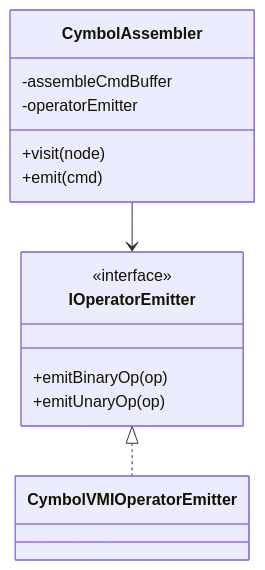
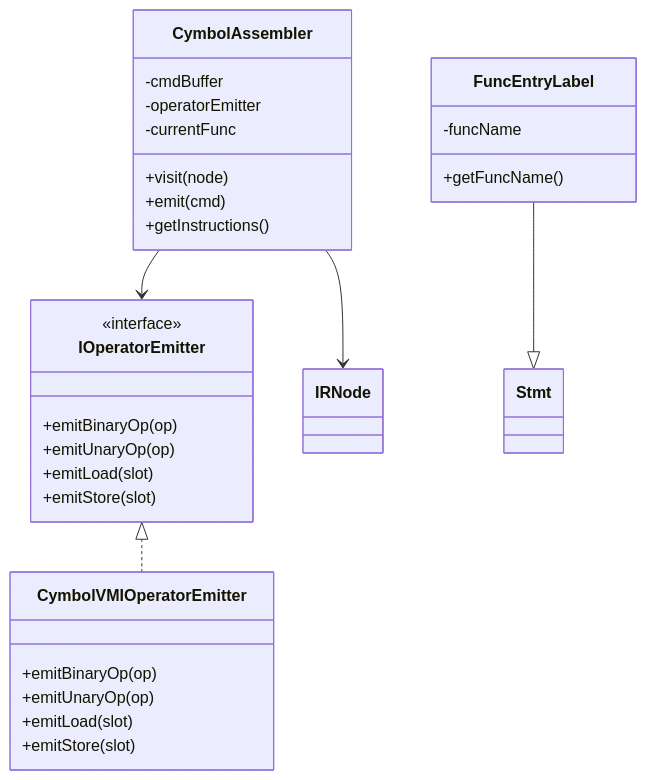
The fifth of 8 diagrams in ep20/docs/project-architecture.md (whtoo/How_to_implment_PL_in_Antlr4), drawn with Mermaid before and after one commit. The commit also changed other lines of this file and 11 other files, not shown here.

First line of the commit message:
docs(README): 更新项目文档和架构图

````diff
--- a/ep20/docs/project-architecture.md
+++ b/ep20/docs/project-architecture.md
@@ -213,21 +344,36 @@
 ```mermaid
 classDiagram
     class CymbolAssembler {
-        -assembleCmdBuffer
+        -cmdBuffer
         -operatorEmitter
+        -currentFunc
         +visit(node)
         +emit(cmd)
+        +getInstructions()
     }
     
     class IOperatorEmitter {
         <<interface>>
         +emitBinaryOp(op)
         +emitUnaryOp(op)
+        +emitLoad(slot)
+        +emitStore(slot)
     }
     
     class CymbolVMIOperatorEmitter {
+        +emitBinaryOp(op)
+        +emitUnaryOp(op)
+        +emitLoad(slot)
+        +emitStore(slot)
+    }
+    
+    class FuncEntryLabel {
+        -funcName
+        +getFuncName()
     }
     
     IOperatorEmitter <|.. CymbolVMIOperatorEmitter
     CymbolAssembler --> IOperatorEmitter
+    CymbolAssembler --> IRNode
+    FuncEntryLabel --|> Stmt
 ```
````
